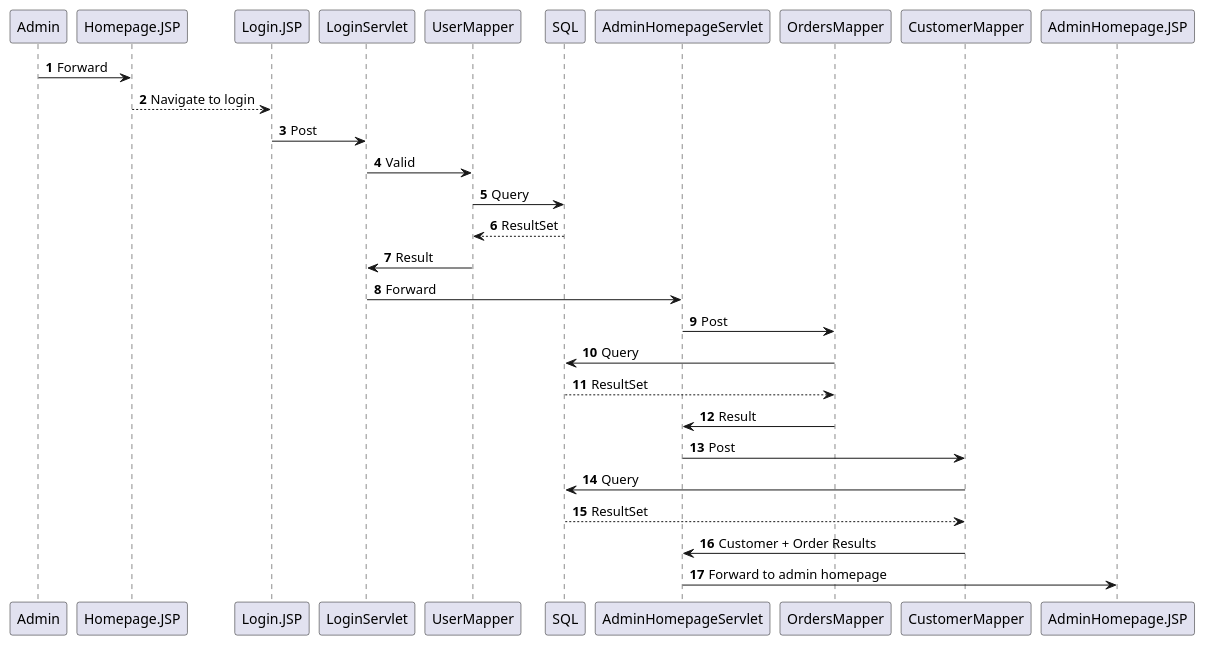
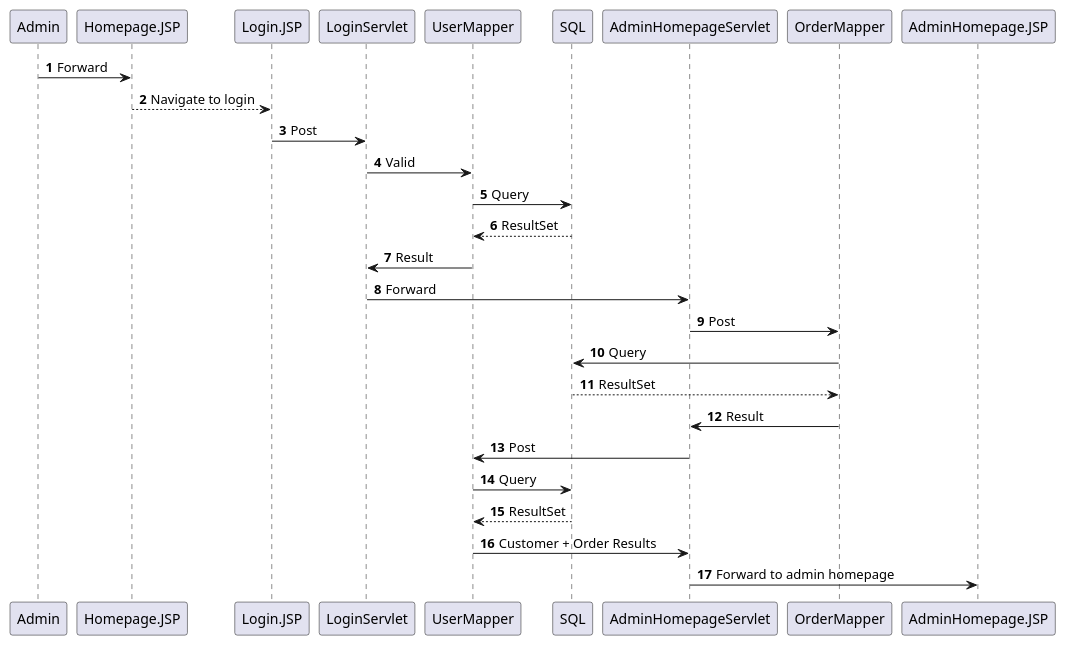
Before and after one commit to HeinLarsen/fog-carport: the diagram in documentation/SqAdminHomepage.puml, drawn with PlantUML. The commit also changed 2 other files, not shown here.

```diff
--- a/documentation/SqAdminHomepage.puml
+++ b/documentation/SqAdminHomepage.puml
@@ -1,26 +1,26 @@
 @startuml
 'https://plantuml.com/sequence-diagram
 
 autonumber
 
 Admin -> Homepage.JSP: Forward
 Homepage.JSP --> Login.JSP: Navigate to login
 Login.JSP -> LoginServlet: Post
 LoginServlet -> UserMapper: Valid
 UserMapper -> SQL: Query
 SQL --> UserMapper: ResultSet
 UserMapper -> LoginServlet: Result
 LoginServlet -> AdminHomepageServlet: Forward
 
-AdminHomepageServlet -> OrdersMapper: Post
-OrdersMapper -> SQL: Query
-SQL --> OrdersMapper: ResultSet
-OrdersMapper -> AdminHomepageServlet: Result
-AdminHomepageServlet -> CustomerMapper: Post
+AdminHomepageServlet -> OrderMapper: Post
+OrderMapper -> SQL: Query
+SQL --> OrderMapper: ResultSet
+OrderMapper -> AdminHomepageServlet: Result
+AdminHomepageServlet -> UserMapper: Post
 
-CustomerMapper -> SQL: Query
-SQL --> CustomerMapper: ResultSet
-CustomerMapper -> AdminHomepageServlet: Customer + Order Results
+UserMapper -> SQL: Query
+SQL --> UserMapper: ResultSet
+UserMapper -> AdminHomepageServlet: Customer + Order Results
 AdminHomepageServlet -> AdminHomepage.JSP: Forward to admin homepage
 
 @enduml
```
